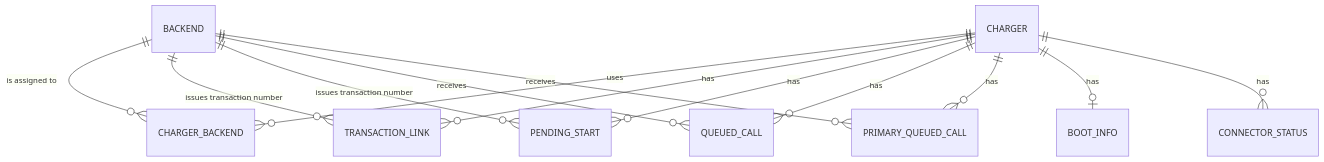
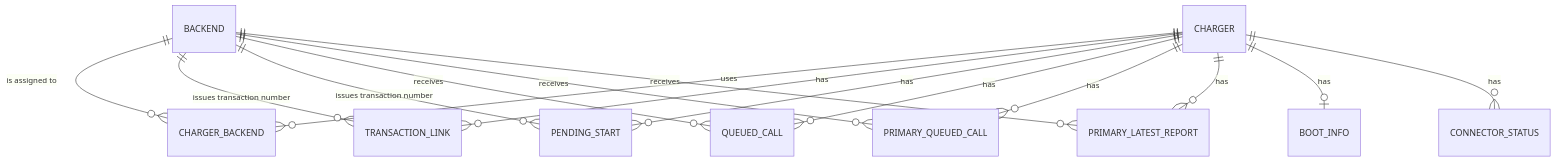
The diagram in docs/entity_model.md (auricgoldfinger/ocpp-2w-proxy), drawn with Mermaid before and after one commit. The commit also changed other lines of this file and 9 other files, not shown here.

````diff
--- a/docs/entity_model.md
+++ b/docs/entity_model.md
@@ -7,15 +7,17 @@
 ```mermaid
 erDiagram
     CHARGER ||--o{ CHARGER_BACKEND : "uses"
     BACKEND ||--o{ CHARGER_BACKEND : "is assigned to"
     CHARGER ||--o{ TRANSACTION_LINK : "has"
     BACKEND ||--o{ TRANSACTION_LINK : "issues transaction number"
     CHARGER ||--o{ PENDING_START : "has"
     BACKEND ||--o{ PENDING_START : "issues transaction number"
     CHARGER ||--o{ QUEUED_CALL : "has"
     BACKEND ||--o{ QUEUED_CALL : "receives"
     CHARGER ||--o{ PRIMARY_QUEUED_CALL : "has"
     BACKEND ||--o{ PRIMARY_QUEUED_CALL : "receives"
+    CHARGER ||--o{ PRIMARY_LATEST_REPORT : "has"
+    BACKEND ||--o{ PRIMARY_LATEST_REPORT : "receives"
     CHARGER ||--o| BOOT_INFO : "has"
     CHARGER ||--o{ CONNECTOR_STATUS : "has"
 ```
````
